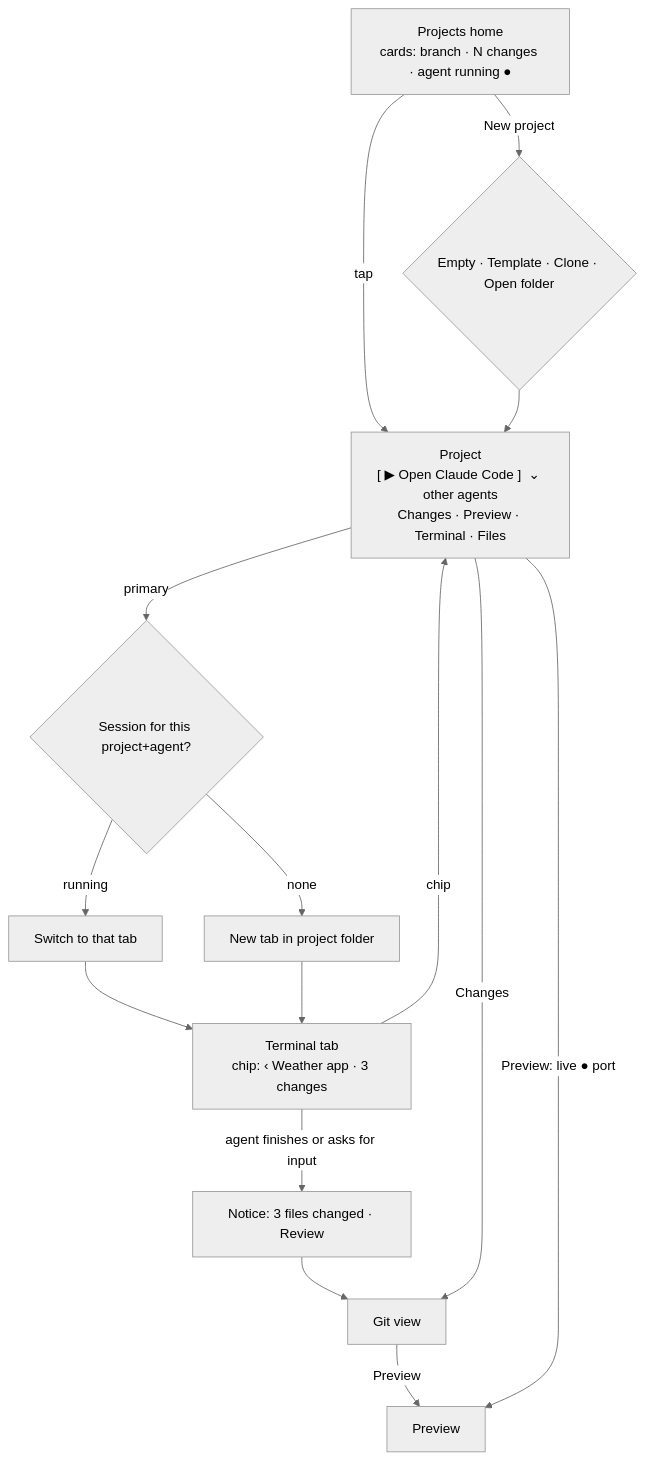
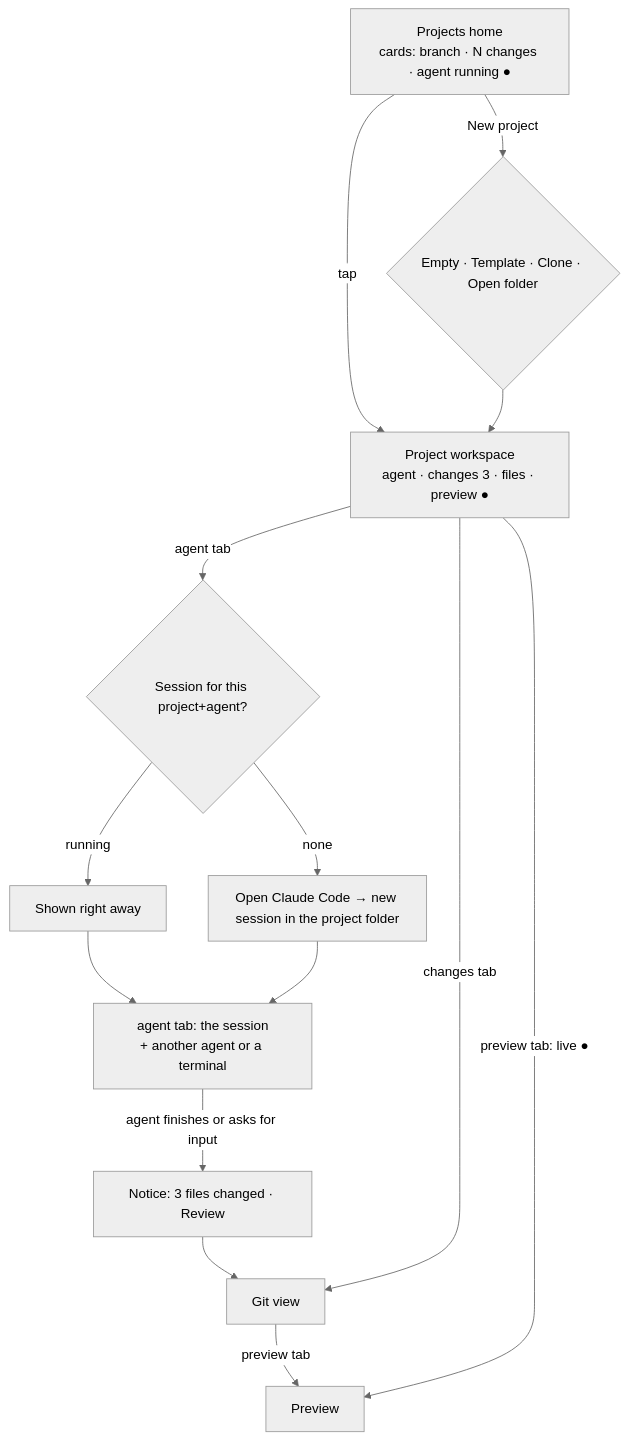
Before and after one commit to arshan1019/aiterm: the fourth of 8 diagrams in docs/USERFLOW.md, drawn with Mermaid (neutral theme). The commit also changed other lines of this file and 21 other files, not shown here.

First line of the commit message:
Project workspace: one home per thing, one rule for back [skip ci]

````diff
--- a/docs/USERFLOW.md
+++ b/docs/USERFLOW.md
@@ -132,16 +131,15 @@
 ```mermaid
 flowchart TD
     H["Projects home<br/>cards: branch · N changes · agent running ●"] -->|tap| P
     H -->|New project| NP{"Empty · Template · Clone · Open folder"} --> P
-    P["Project<br/>[ ▶ Open Claude Code ]  ⌄ other agents<br/>Changes · Preview · Terminal · Files"] -->|primary| R{"Session for this project+agent?"}
-    R -->|running| RS["Switch to that tab"]
-    R -->|none| NS["New tab in project folder"]
+    P["Project workspace<br/>agent · changes 3 · files · preview ●"] -->|agent tab| R{"Session for this project+agent?"}
+    R -->|running| RS["Shown right away"]
+    R -->|none| NS["Open Claude Code → new session in the project folder"]
     RS --> T
-    NS --> T["Terminal tab<br/>chip: ‹ Weather app · 3 changes"]
-    T -->|chip| P
+    NS --> T["agent tab: the session<br/>+ another agent or a terminal"]
     T -->|agent finishes or asks for input| N["Notice: 3 files changed · Review"]
     N --> G
-    P -->|Changes| G["Git view"]
-    G -->|Preview| PV
-    P -->|Preview: live ● port| PV["Preview"]
+    P -->|changes tab| G["Git view"]
+    G -->|preview tab| PV
+    P -->|preview tab: live ●| PV["Preview"]
 ```
````
